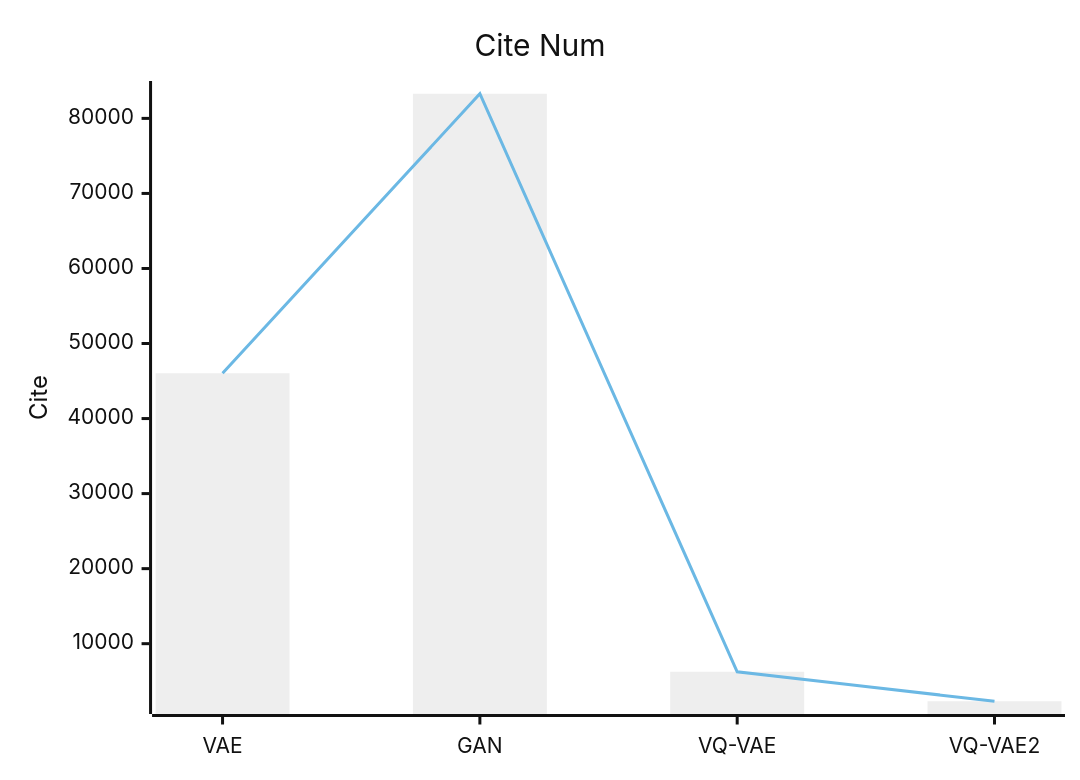
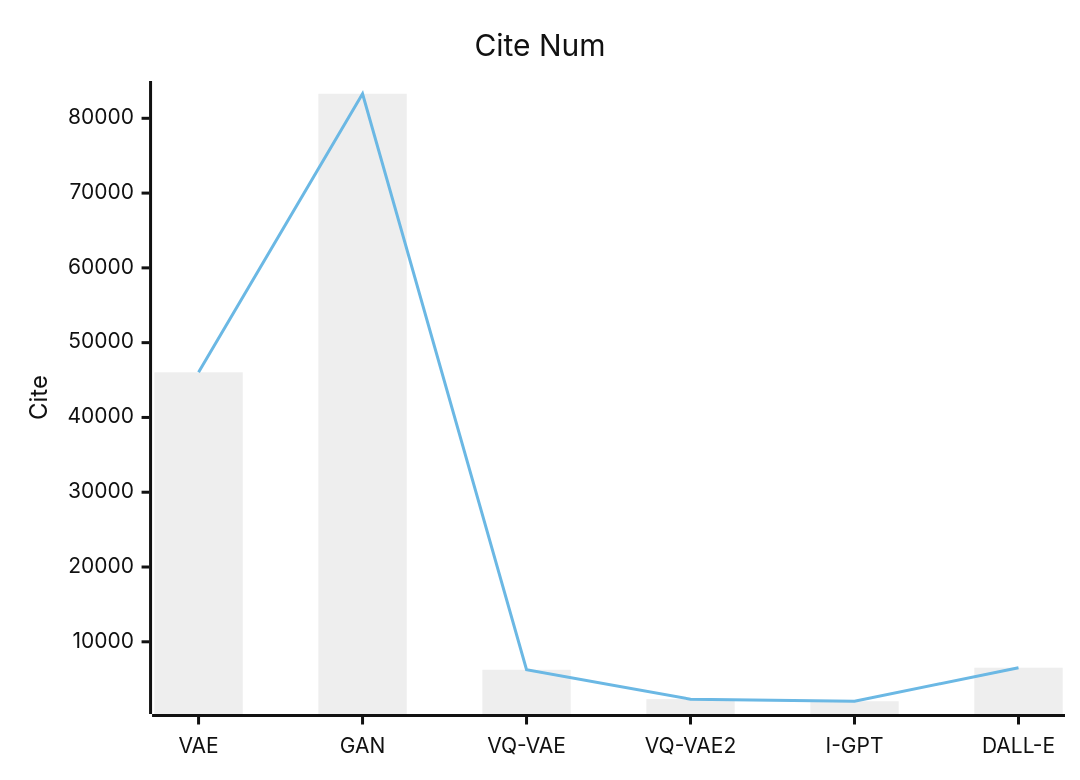
Before and after one commit to Elephant-King9/Paper: the fourth of 4 diagrams in Base_Model/GAN+VAE+Diffusion/analyse.md, drawn with Mermaid (neutral theme). The commit also changed other lines of this file and 6 other files, not shown here.

````diff
--- a/Base_Model/GAN+VAE+Diffusion/analyse.md
+++ b/Base_Model/GAN+VAE+Diffusion/analyse.md
@@ -45,8 +69,8 @@
 ```mermaid
     xychart-beta
     title "Cite Num"
-    x-axis [VAE,GAN,VQ-VAE,VQ-VAE2]
+    x-axis [VAE,GAN,VQ-VAE,VQ-VAE2,I-GPT,DALL-E]
     y-axis "Cite" 
-    bar [46034, 83283, 6258, 2329]
-    line [46034, 83283, 6258, 2329]
+    bar [46034, 83283, 6258, 2329, 2050, 6536]
+    line [46034, 83283, 6258, 2329, 2050, 6536]
 ```
````
